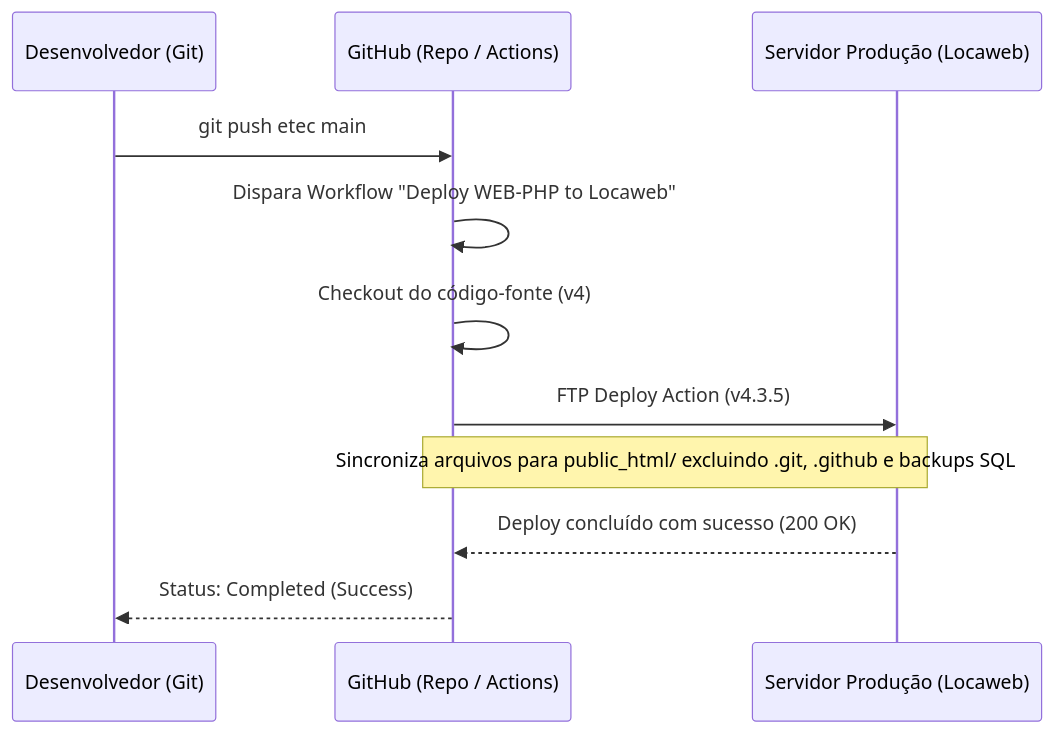
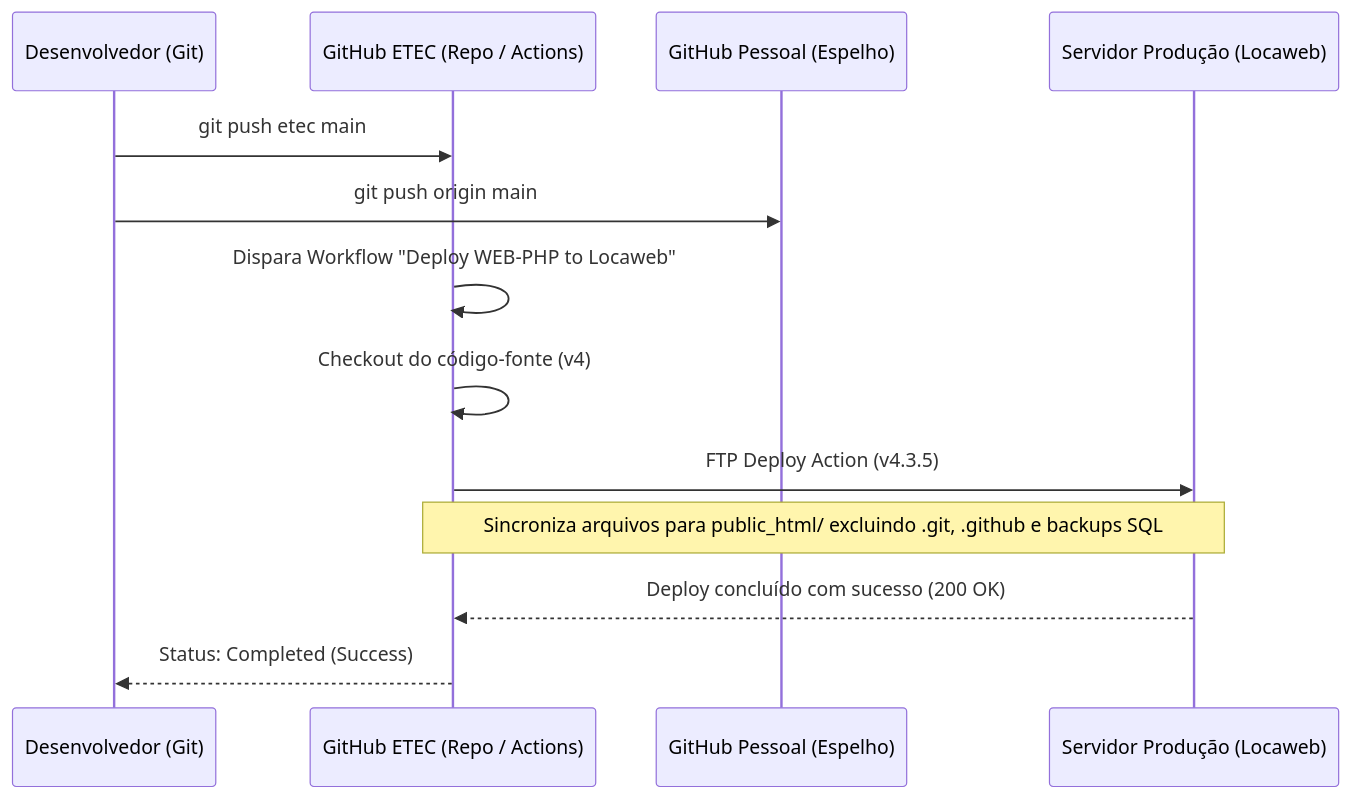
The diagram in docs/GUIA_DE_IMPLANTACAO_E_DEVOPS.md (projetoEtec26/gestao_epi_web), drawn with Mermaid before and after one commit. The commit also changed other lines of this file and 8 other files, not shown here.

````diff
--- a/docs/GUIA_DE_IMPLANTACAO_E_DEVOPS.md
+++ b/docs/GUIA_DE_IMPLANTACAO_E_DEVOPS.md
@@ -72,14 +80,16 @@
 ```mermaid
 sequenceDiagram
     participant Dev as Desenvolvedor (Git)
-    participant GH as GitHub (Repo / Actions)
+    participant GH as GitHub ETEC (Repo / Actions)
+    participant Mirror as GitHub Pessoal (Espelho)
     participant Prod as Servidor Produção (Locaweb)
 
     Dev->>GH: git push etec main
+    Dev->>Mirror: git push origin main
     GH->>GH: Dispara Workflow "Deploy WEB-PHP to Locaweb"
     GH->>GH: Checkout do código-fonte (v4)
     GH->>Prod: FTP Deploy Action (v4.3.5)
     Note over GH,Prod: Sincroniza arquivos para public_html/ excluindo .git, .github e backups SQL
     Prod-->>GH: Deploy concluído com sucesso (200 OK)
     GH-->>Dev: Status: Completed (Success)
 ```
````
